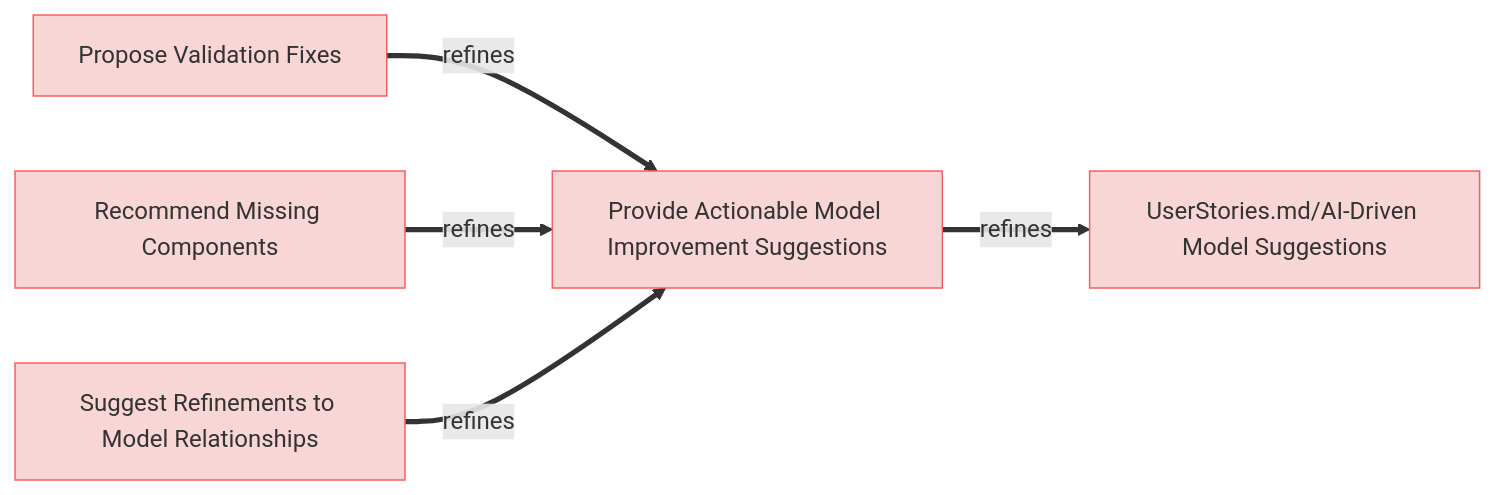
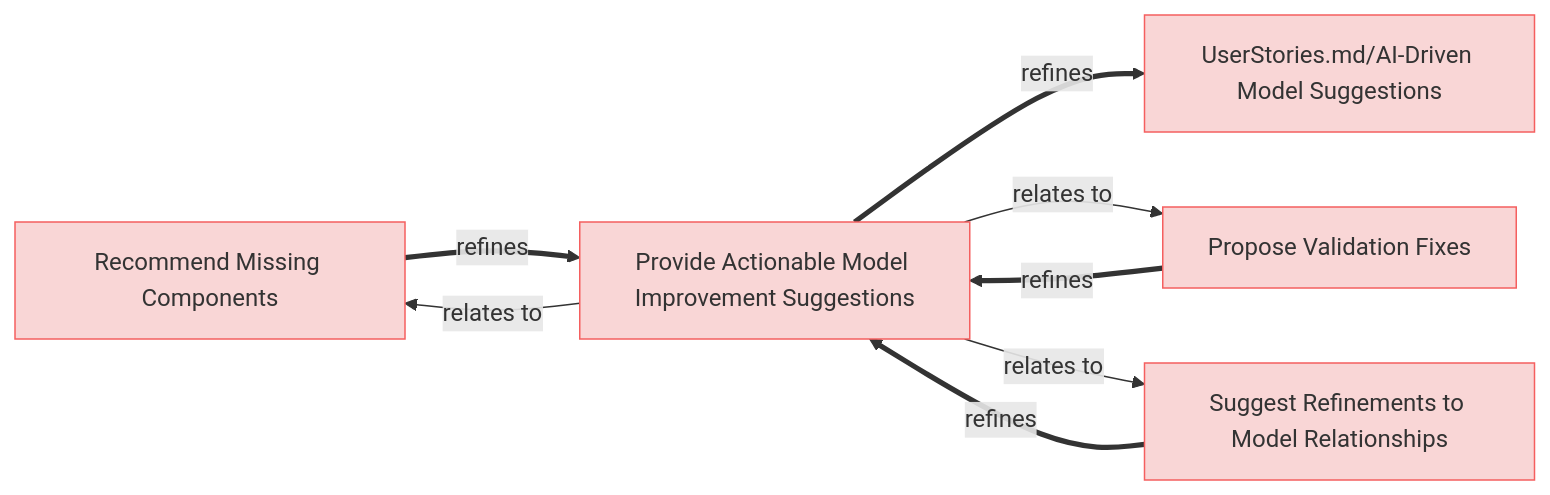
One commit to reqvire-org/reqvire changed the seventh of 11 diagrams in specifications/UserRequirements.md. Above: the diagram before and after it, drawn with Mermaid. The commit also changed other lines of this file and 25 other files, not shown here.

````diff
--- a/specifications/UserRequirements.md
+++ b/specifications/UserRequirements.md
@@ -499,27 +514,31 @@
 ```mermaid
 graph LR;
   %% Graph styling
   classDef requirement fill:#f9d6d6,stroke:#f55f5f,stroke-width:1px;
   classDef verification fill:#d6f9d6,stroke:#5fd75f,stroke-width:1px;
   classDef externalLink fill:#d0e0ff,stroke:#3080ff,stroke-width:1px;
   classDef default fill:#f5f5f5,stroke:#333333,stroke-width:1px;
+
+  a8f00c5619["Recommend Missing Components"];
+  click a8f00c5619 "UserRequirements.md#recommend-missing-components";
+  class a8f00c5619 requirement;
   ec56dd665a["Provide Actionable Model Improvement Suggestions"];
+  class ec56dd665a requirement;
   click ec56dd665a "UserRequirements.md#provide-actionable-model-improvement-suggestions";
-  class ec56dd665a requirement;
+  a8f00c5619 ==>|refines| ec56dd665a;
   6912d98267["UserStories.md/AI-Driven Model Suggestions"];
   class 6912d98267 requirement;
   click 6912d98267 "UserStories.md#ai-driven-model-suggestions";
   ec56dd665a ==>|refines| 6912d98267;
+  ec56dd665a -->|relates to| a8f00c5619;
   44c87c93a4["Propose Validation Fixes"];
+  class 44c87c93a4 requirement;
   click 44c87c93a4 "UserRequirements.md#propose-validation-fixes";
-  class 44c87c93a4 requirement;
+  ec56dd665a -->|relates to| 44c87c93a4;
+  72e13dc549["Suggest Refinements to Model Relationships"];
+  class 72e13dc549 requirement;
+  click 72e13dc549 "UserRequirements.md#suggest-refinements-to-model-relationships";
+  ec56dd665a -->|relates to| 72e13dc549;
   44c87c93a4 ==>|refines| ec56dd665a;
-  a8f00c5619["Recommend Missing Components"];
-  click a8f00c5619 "UserRequirements.md#recommend-missing-components";
-  class a8f00c5619 requirement;
-  a8f00c5619 ==>|refines| ec56dd665a;
-  72e13dc549["Suggest Refinements to Model Relationships"];
-  click 72e13dc549 "UserRequirements.md#suggest-refinements-to-model-relationships";
-  class 72e13dc549 requirement;
   72e13dc549 ==>|refines| ec56dd665a;
 ```
````
